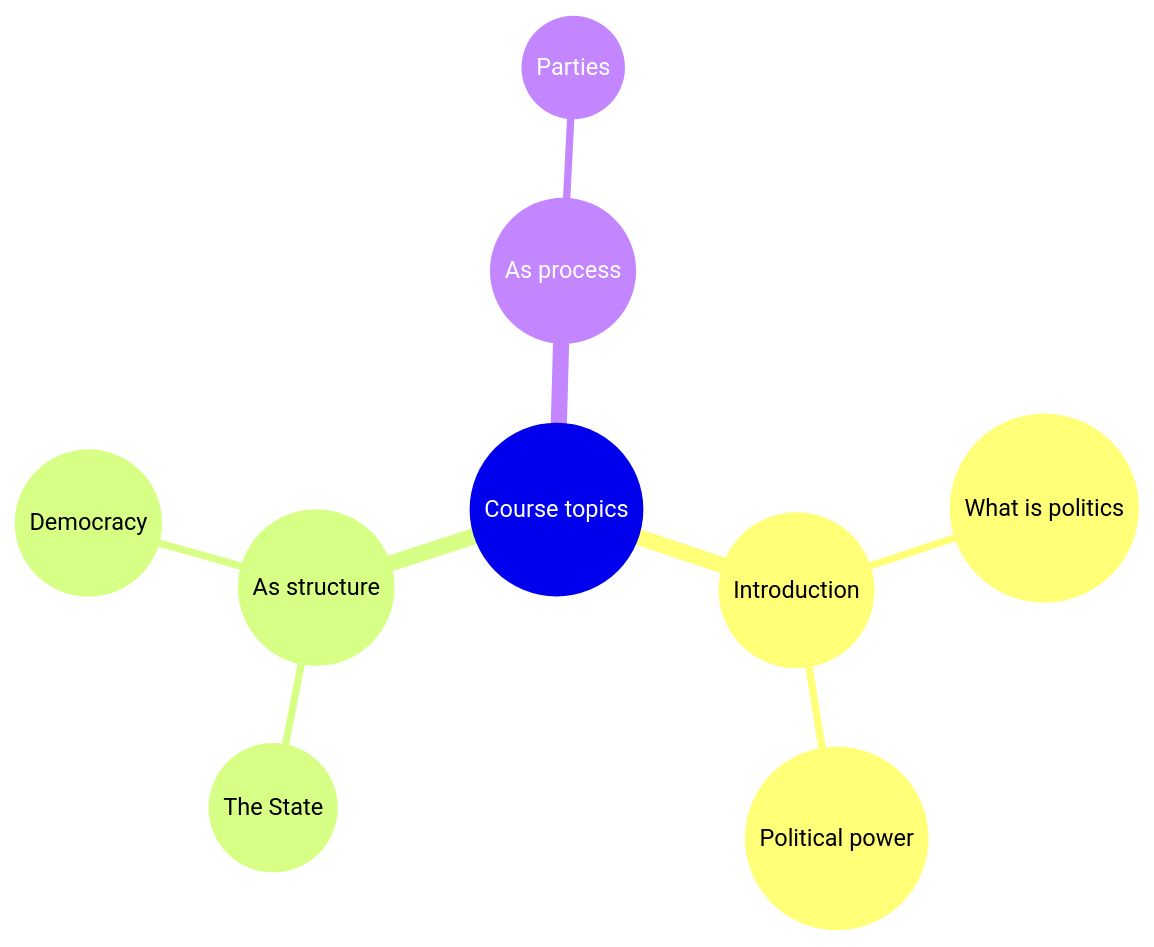
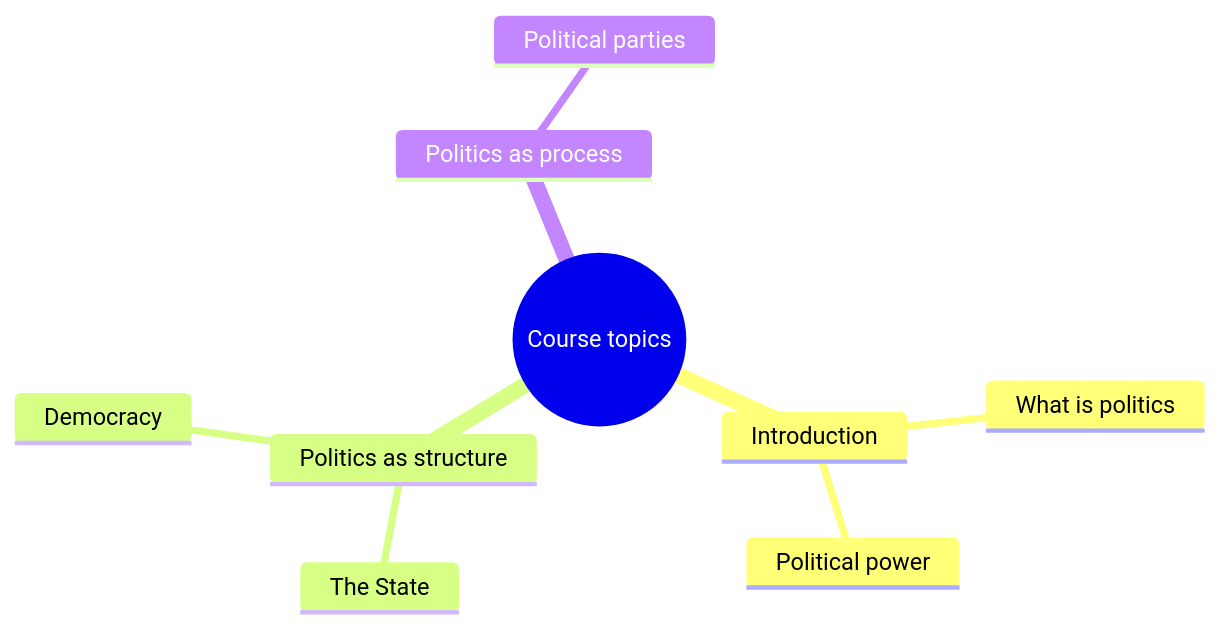
Before and after one commit to pmolina18/classscribe: the diagram in README.md, drawn with Mermaid. The commit also changed other lines of this file, not shown here.

````diff
--- a/README.md
+++ b/README.md
@@ -139,12 +130,12 @@
 ```mermaid
 mindmap
   root((Course topics))
-    Intro((Introduction))
-      1((What is politics))
-      2((Political power))
-    Structure((As structure))
-      6((The State))
-      8((Democracy))
-    Process((As process))
-      23((Parties))
+    Introduction
+      What is politics
+      Political power
+    Politics as structure
+      The State
+      Democracy
+    Politics as process
+      Political parties
 ```
````
